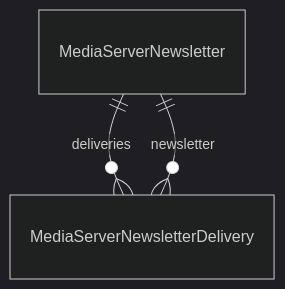
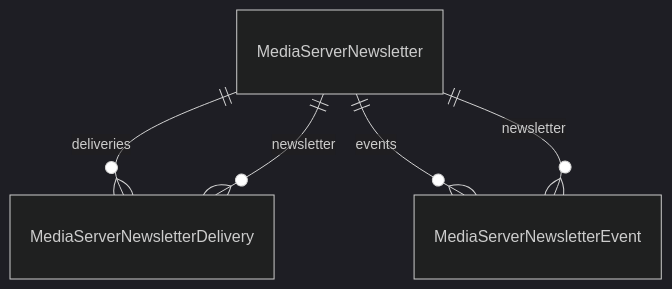
The seventh of 10 diagrams in website/docs/reference/database-schema.md (ultratorrentofficial/ultratorrent), drawn with Mermaid (dark theme) before and after one commit. The commit also changed other lines of this file and 25 other files, not shown here.

````diff
--- a/website/docs/reference/database-schema.md
+++ b/website/docs/reference/database-schema.md
@@ -1499,5 +1499,7 @@
 ```mermaid
 erDiagram
   MediaServerNewsletter ||--o{ MediaServerNewsletterDelivery : "deliveries"
+  MediaServerNewsletter ||--o{ MediaServerNewsletterEvent : "events"
   MediaServerNewsletterDelivery }o--|| MediaServerNewsletter : "newsletter"
+  MediaServerNewsletterEvent }o--|| MediaServerNewsletter : "newsletter"
 ```
````
